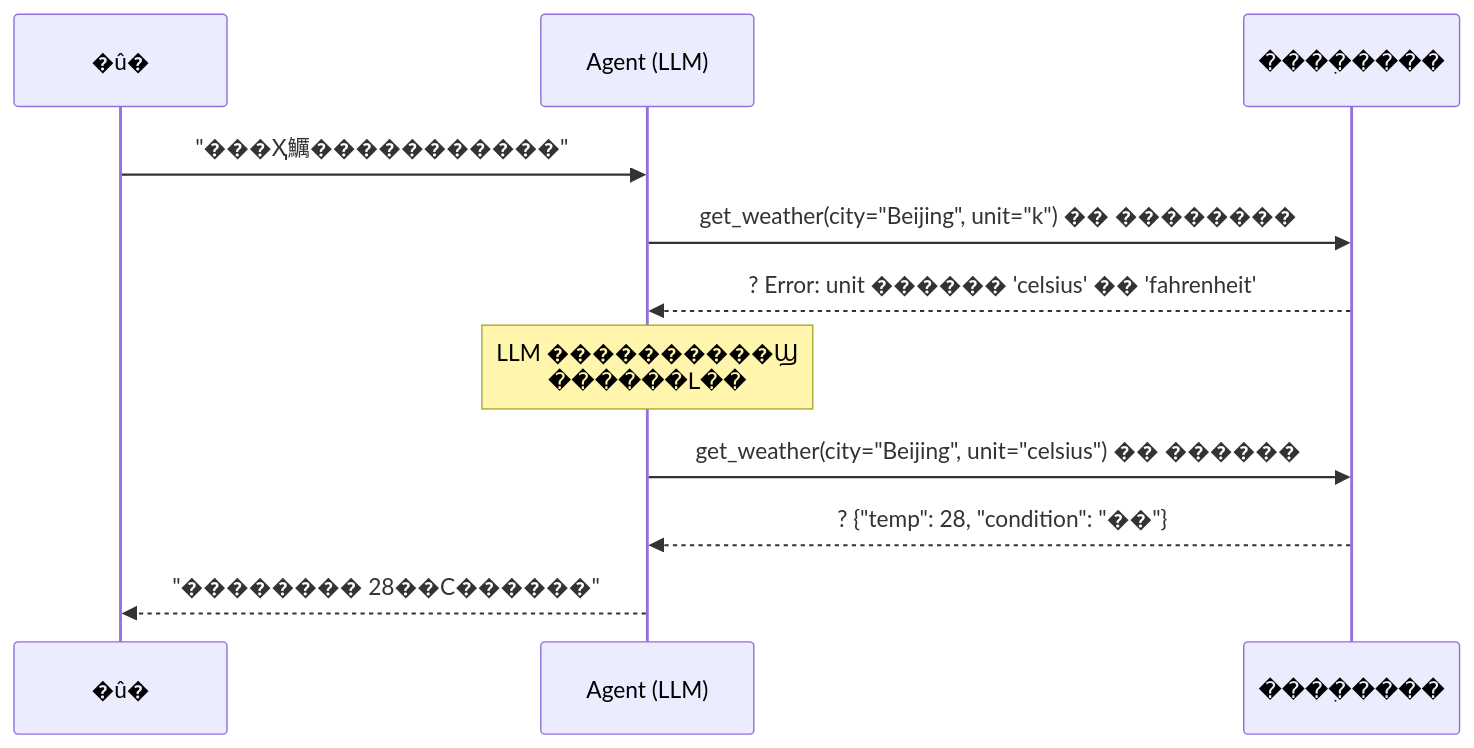
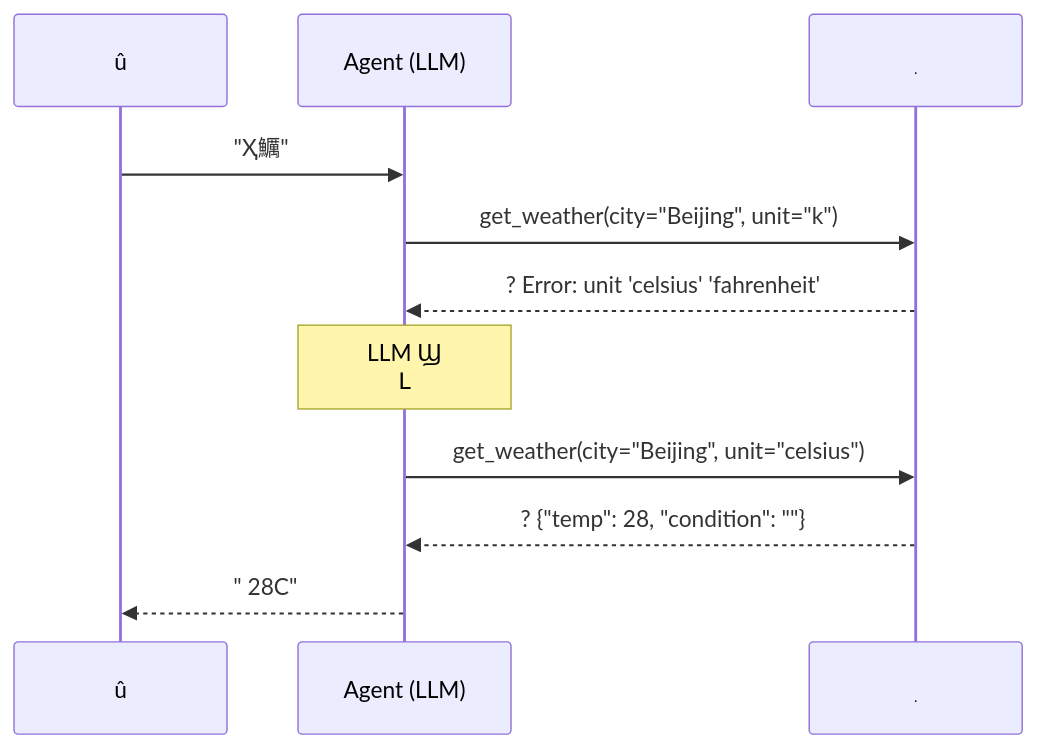
One commit to TimeHunter618/hugo-maid-code changed the sixth of 9 diagrams in content/post/ai-interview/Agent工具调用失败如何处理.zh-CN.md. Above: the diagram before and after it, drawn with Mermaid. The commit also changed other lines of this file and 55 other files, not shown here.

````diff
--- a/content/post/ai-interview/Agent工具调用失败如何处理.zh-CN.md
+++ b/content/post/ai-interview/Agent工具调用失败如何处理.zh-CN.md
@@ -352,14 +352,14 @@
 ```mermaid
 sequenceDiagram
-    participant U as �û�
+    participant U as û
     participant A as Agent (LLM)
-    participant T as ����ִ����
+    participant T as ִ
 
-    U->>A: "���Ҳ鱱�����������"
-    A->>T: get_weather(city="Beijing", unit="k")  �� ��������
-    T-->>A: ? Error: unit ������ 'celsius' �� 'fahrenheit'
-    Note over A: LLM ����������Ϣ<br/>������Լ��
-    A->>T: get_weather(city="Beijing", unit="celsius")  �� ������
-    T-->>A: ? {"temp": 28, "condition": "��"}
-    A-->>U: "�������� 28��C������"
+    U->>A: "Ҳ鱱"
+    A->>T: get_weather(city="Beijing", unit="k")   
+    T-->>A: ? Error: unit  'celsius'  'fahrenheit'
+    Note over A: LLM Ϣ<br/>Լ
+    A->>T: get_weather(city="Beijing", unit="celsius")   
+    T-->>A: ? {"temp": 28, "condition": ""}
+    A-->>U: " 28C"
 ```
````
